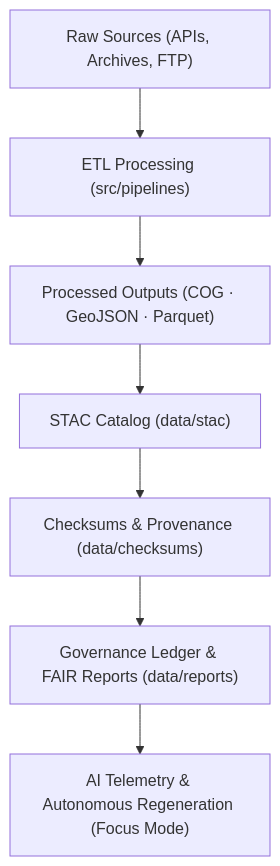
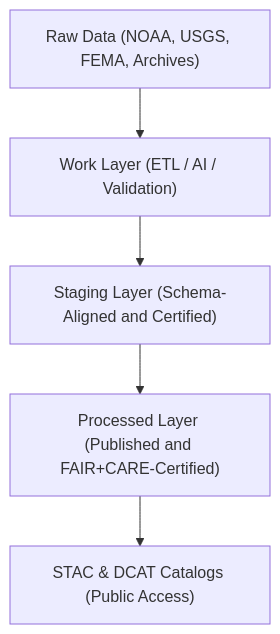
Before and after one commit to bartytime4life/Kansas-Frontier-Matrix: the diagram in data/README.md, drawn with Mermaid. The commit also changed other lines of this file, not shown here.

````diff
--- a/data/README.md
+++ b/data/README.md
@@ -84,9 +50,7 @@
 ```mermaid
 flowchart TD
-    A["Raw Sources (APIs, Archives, FTP)"] --> B["ETL Processing (src/pipelines)"]
-    B --> C["Processed Outputs (COG · GeoJSON · Parquet)"]
-    C --> D["STAC Catalog (data/stac)"]
-    D --> E["Checksums & Provenance (data/checksums)"]
-    E --> F["Governance Ledger & FAIR Reports (data/reports)"]
-    F --> G["AI Telemetry & Autonomous Regeneration (Focus Mode)"]
+    A["Raw Data (NOAA, USGS, FEMA, Archives)"] --> B["Work Layer (ETL / AI / Validation)"]
+    B --> C["Staging Layer (Schema-Aligned and Certified)"]
+    C --> D["Processed Layer (Published and FAIR+CARE-Certified)"]
+    D --> E["STAC & DCAT Catalogs (Public Access)"]
 ```
````
